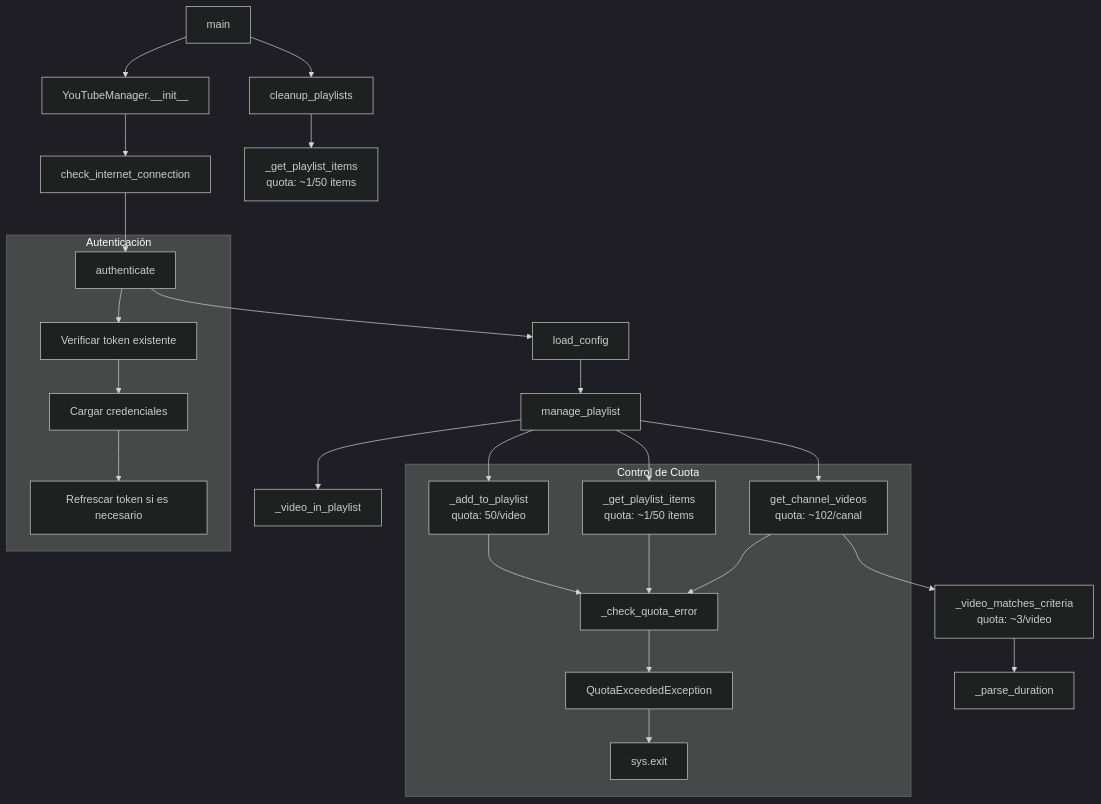
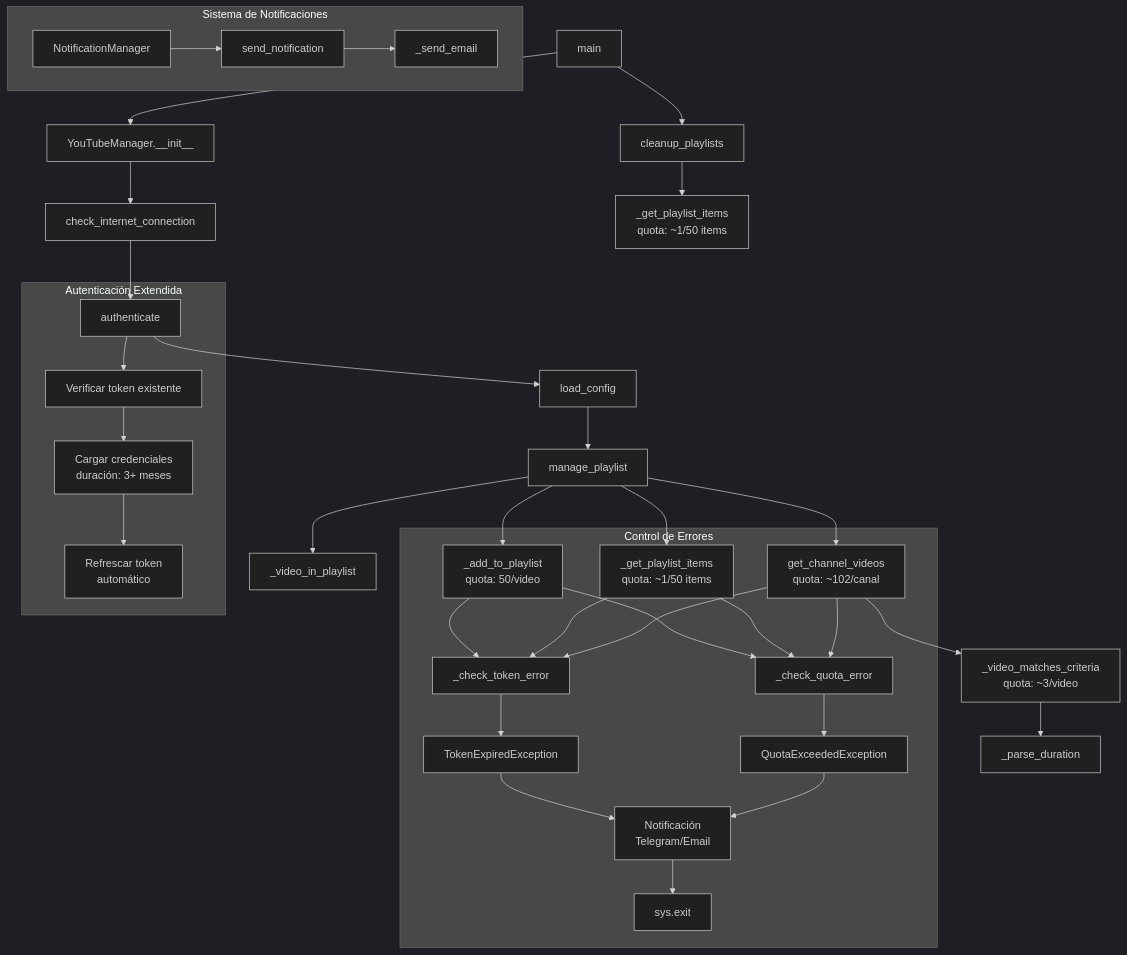
The diagram in README.md (hfsotomayor/YouTubeAutoList), drawn with Mermaid (dark theme) before and after one commit. The commit also changed other lines of this file and 5 other files, not shown here.

Commit message:
se agrego notificaciones y mejor tratamiento de errores

````diff
--- a/README.md
+++ b/README.md
@@ -81,33 +84,43 @@
 ```mermaid
 graph TD
     A[main] --> B[YouTubeManager.__init__]
     B --> C[check_internet_connection]
     C --> D[authenticate]
     D --> E[load_config]
     E --> F[manage_playlist]
     F --> G[get_channel_videos<br/>quota: ~102/canal]
     G --> H[_video_matches_criteria<br/>quota: ~3/video]
     H --> I[_parse_duration]
     F --> J[_get_playlist_items<br/>quota: ~1/50 items]
     F --> K[_video_in_playlist]
     F --> L[_add_to_playlist<br/>quota: 50/video]
     A --> M[cleanup_playlists]
     M --> N[_get_playlist_items<br/>quota: ~1/50 items]
     
     %% Manejo de Errores y Cuota
-    subgraph "Control de Cuota"
+    subgraph "Control de Errores"
         QE[_check_quota_error]
-        G --> QE
-        J --> QE
-        L --> QE
+        TE[_check_token_error]
+        G --> QE & TE
+        J --> QE & TE
+        L --> QE & TE
         QE --> X[QuotaExceededException]
-        X --> Y[sys.exit]
+        TE --> Y[TokenExpiredException]
+        X & Y --> Z[Notificación<br/>Telegram/Email]
+        Z --> W[sys.exit]
     end
 
-    subgraph "Autenticación"
+    subgraph "Autenticación Extendida"
         D --> U[Verificar token existente]
-        U --> V[Cargar credenciales]
-        V --> W[Refrescar token si es necesario]
+        U --> V[Cargar credenciales<br/>duración: 3+ meses]
+        V --> R[Refrescar token<br/>automático]
     end
 
+    subgraph "Sistema de Notificaciones"
+        NA[NotificationManager]
+        NB[send_notification]
+        NC[_send_email]
+        NA --> NB
+        NB --> NC
+    end
 ```
````
